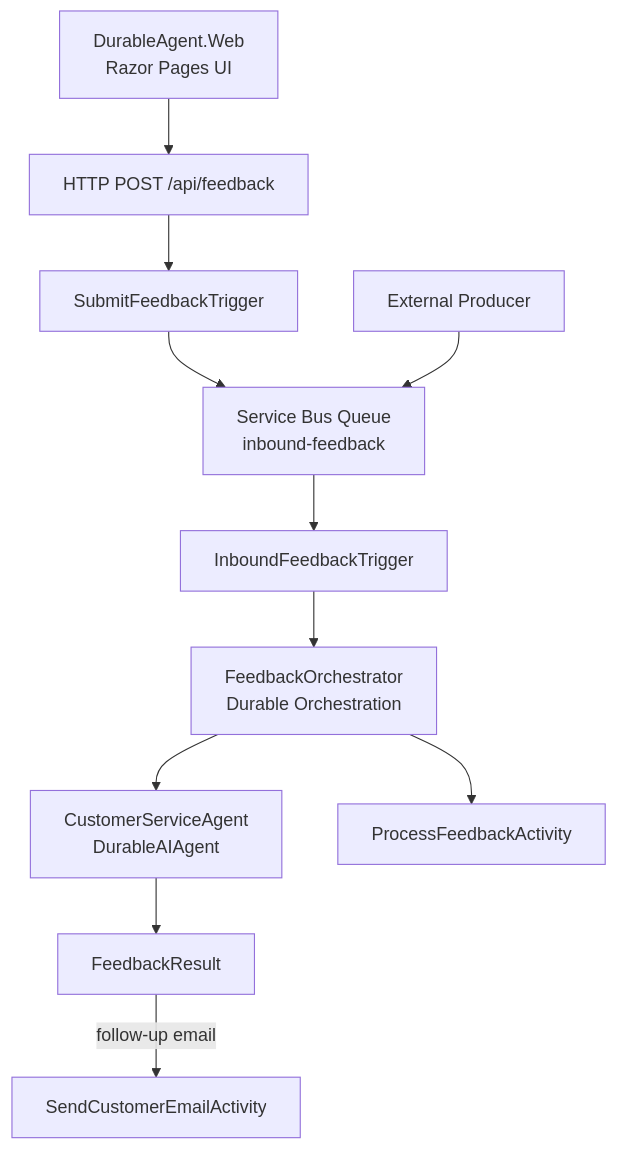
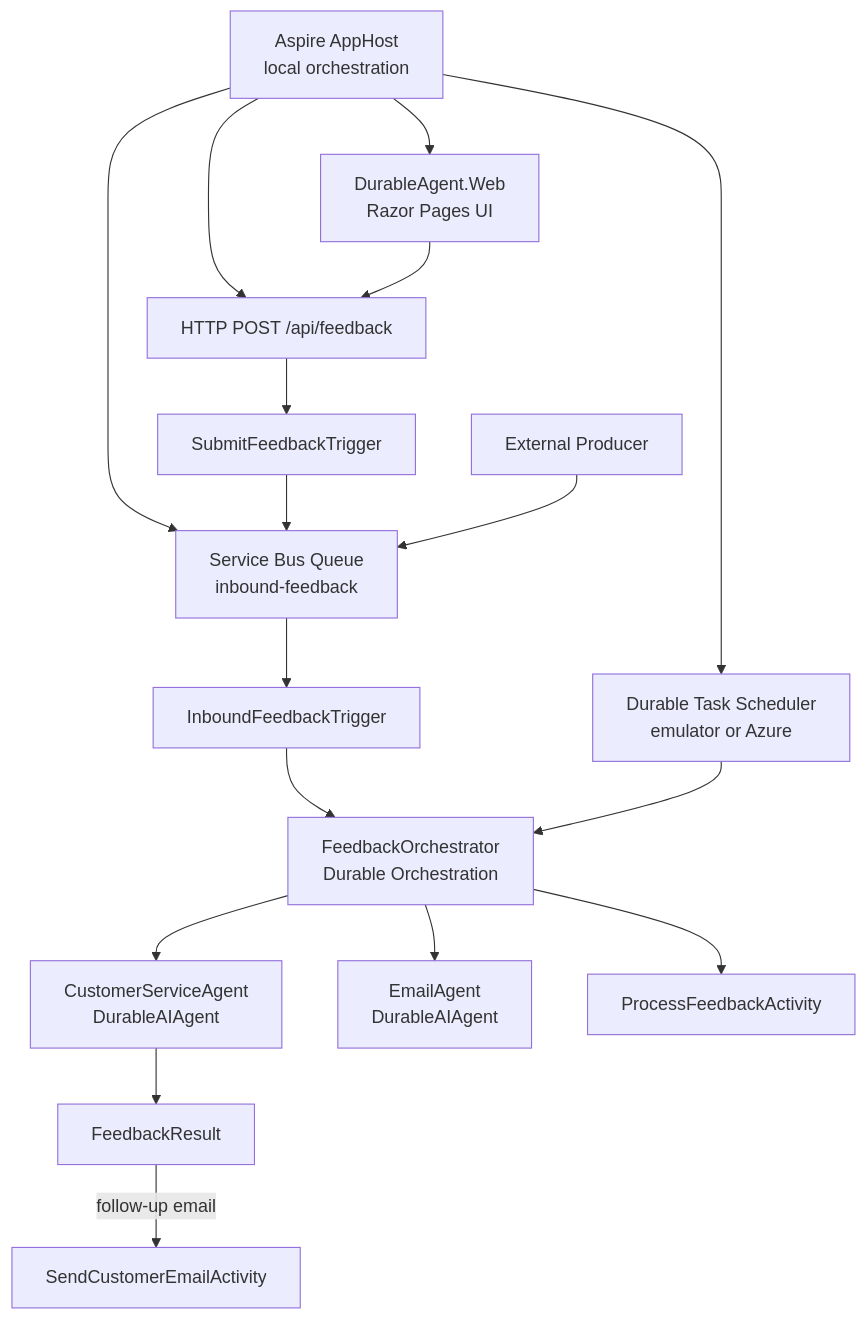
The diagram in README.md (mcollier/durable-agent-demo), drawn with Mermaid before and after one commit. The commit also changed other lines of this file and 20 other files, not shown here.

First line of the commit message:
Integrate Aspire with Durable Task Scheduler and update configurations (#20)

````diff
--- a/README.md
+++ b/README.md
@@ -13,13 +15,19 @@
 ```mermaid
 flowchart TD
+  Aspire[Aspire AppHost<br/>local orchestration] --> Web[DurableAgent.Web<br/>Razor Pages UI]
+  Aspire --> Http[SubmitFeedbackTrigger<br/>Azure Functions]
+  Aspire --> Queue[Service Bus Queue<br/>inbound-feedback]
+  Aspire --> DTS[Durable Task Scheduler<br/>emulator or Azure]
     Web[DurableAgent.Web<br/>Razor Pages UI] --> Http[HTTP POST /api/feedback]
     Http --> Submit[SubmitFeedbackTrigger]
     Submit --> Queue[Service Bus Queue<br/>inbound-feedback]
     Producer[External Producer] --> Queue
     Queue --> Inbound[InboundFeedbackTrigger]
     Inbound --> Orchestrator[FeedbackOrchestrator<br/>Durable Orchestration]
     Orchestrator --> Agent[CustomerServiceAgent<br/>DurableAIAgent]
+  Orchestrator --> EmailAgent[EmailAgent<br/>DurableAIAgent]
     Orchestrator --> Process[ProcessFeedbackActivity]
     Agent --> Result[FeedbackResult]
     Result -->|follow-up email| Email[SendCustomerEmailActivity]
+  DTS --> Orchestrator
 ```
````
